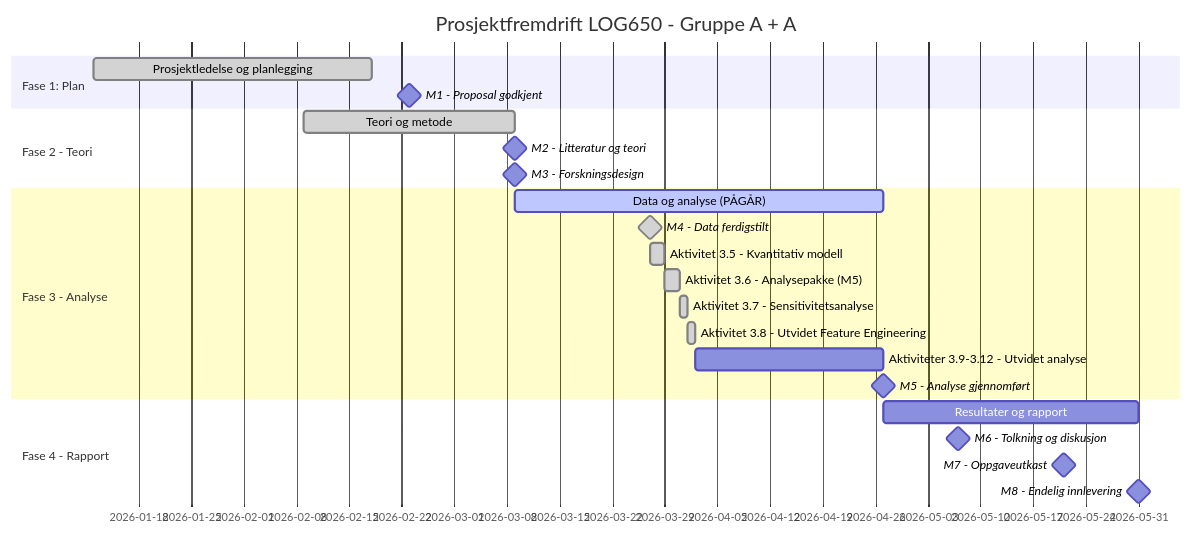
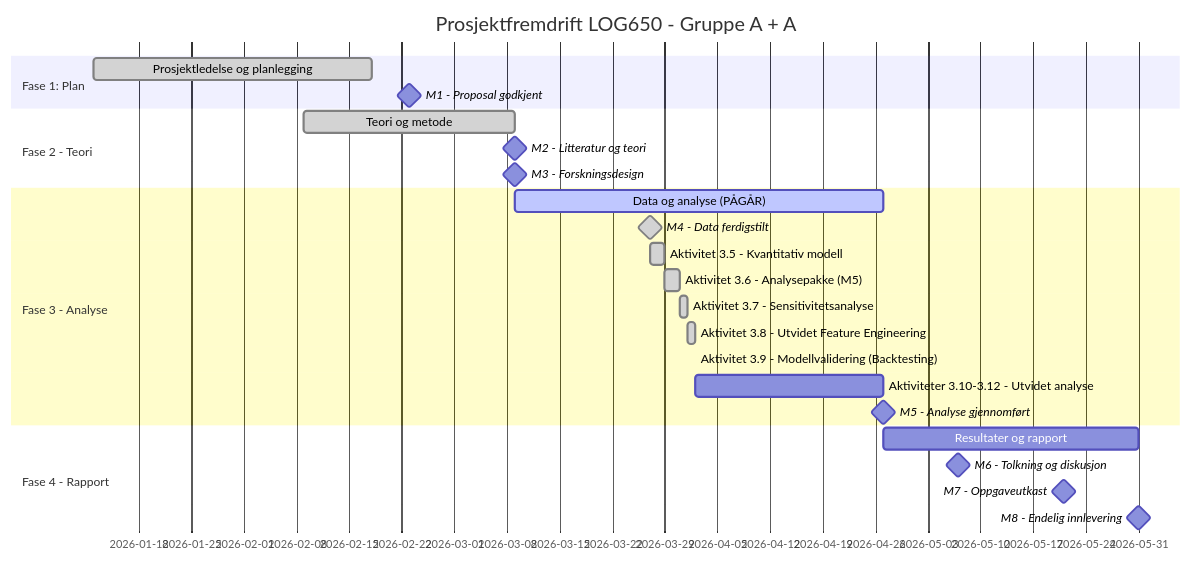
The diagram in 012 fase 2 - plan/status.md (LOG650/G02-a-pluss-a), drawn with Mermaid before and after one commit. The commit also changed other lines of this file and 12 other files, not shown here.

````diff
--- a/012 fase 2 - plan/status.md
+++ b/012 fase 2 - plan/status.md
@@ -21,26 +21,27 @@
 ```mermaid
 gantt
     title Prosjektfremdrift LOG650 - Gruppe A + A
     dateFormat  YYYY-MM-DD
     section Fase 1: Plan
     Prosjektledelse og planlegging :done, 2026-01-12, 2026-02-18
     M1 - Proposal godkjent :milestone, 2026-02-23, 0d
     section Fase 2 - Teori
     Teori og metode :done, 2026-02-09, 2026-03-09
     M2 - Litteratur og teori :milestone, 2026-03-09, 0d
     M3 - Forskningsdesign :milestone, 2026-03-09, 0d
     section Fase 3 - Analyse
     Data og analyse (PÅGÅR) :active, 2026-03-09, 2026-04-27
     M4 - Data ferdigstilt :done, milestone, 2026-03-27, 0d
     Aktivitet 3.5 - Kvantitativ modell :done, 2026-03-27, 2026-03-29
     Aktivitet 3.6 - Analysepakke (M5) :done, 2026-03-29, 2026-03-31
     Aktivitet 3.7 - Sensitivitetsanalyse :done, 2026-03-31, 2026-04-01
     Aktivitet 3.8 - Utvidet Feature Engineering :done, 2026-04-01, 2026-04-02
-    Aktiviteter 3.9-3.12 - Utvidet analyse : 2026-04-02, 2026-04-27
+    Aktivitet 3.9 - Modellvalidering (Backtesting) :done, 2026-04-02, 2026-04-02
+    Aktiviteter 3.10-3.12 - Utvidet analyse : 2026-04-02, 2026-04-27
     M5 - Analyse gjennomført :milestone, 2026-04-27, 0d
     section Fase 4 - Rapport
     Resultater og rapport : 2026-04-27, 2026-05-31
     M6 - Tolkning og diskusjon :milestone, 2026-05-07, 0d
     M7 - Oppgaveutkast :milestone, 2026-05-21, 0d
     M8 - Endelig innlevering :milestone, 2026-05-31, 0d
 ```
````
